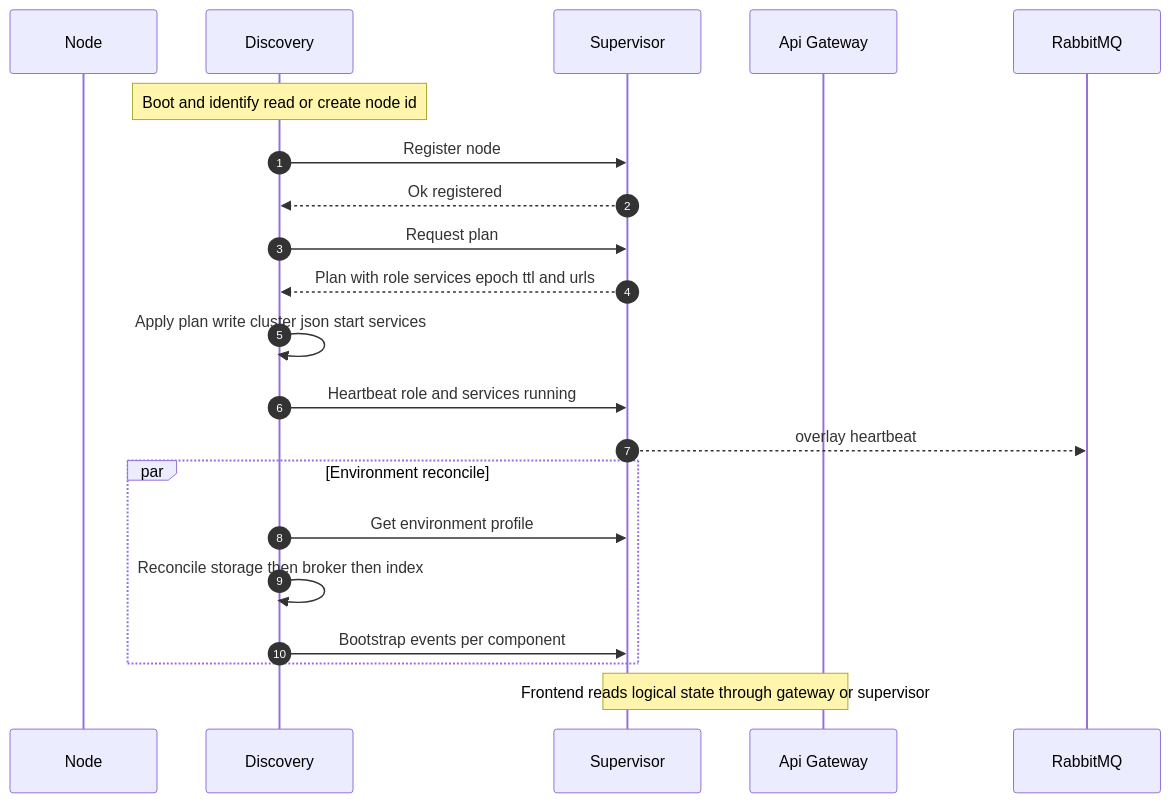
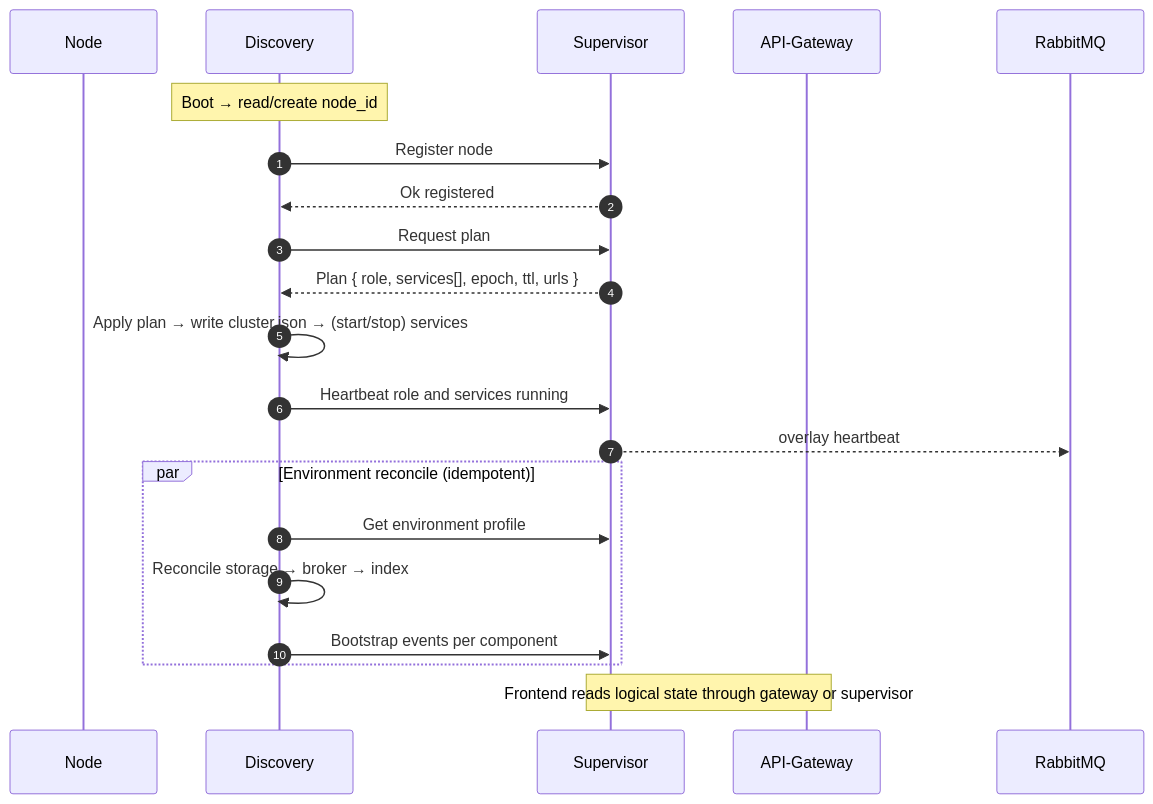
Before and after one commit to Cdaprod/ThatDAMToolbox: the diagram in docs/DIAGRAMS/bootstrap-sequence.mmd, drawn with Mermaid. The commit also changed 9 other files, not shown here.

```diff
--- a/docs/DIAGRAMS/bootstrap-sequence.mmd
+++ b/docs/DIAGRAMS/bootstrap-sequence.mmd
@@ -1,27 +1,27 @@
 sequenceDiagram
     autonumber
     participant N as Node
     participant D as Discovery
     participant S as Supervisor
-    participant GW as Api Gateway
+    participant GW as API-Gateway
     participant MQ as RabbitMQ
 
-    Note over D: Boot and identify read or create node id
+    Note over D: Boot → read/create node_id
 
     D->>S: Register node
     S-->>D: Ok registered
     D->>S: Request plan
-    S-->>D: Plan with role services epoch ttl and urls
+    S-->>D: Plan { role, services[], epoch, ttl, urls }
 
-    D->>D: Apply plan write cluster json start services
+    D->>D: Apply plan → write cluster.json → (start/stop) services
 
     D->>S: Heartbeat role and services running
     S-->>MQ: overlay heartbeat
 
-    par Environment reconcile
+    par Environment reconcile (idempotent)
         D->>S: Get environment profile
-        D->>D: Reconcile storage then broker then index
+        D->>D: Reconcile storage → broker → index
         D->>S: Bootstrap events per component
     end
 
     Note over GW,S: Frontend reads logical state through gateway or supervisor
```
